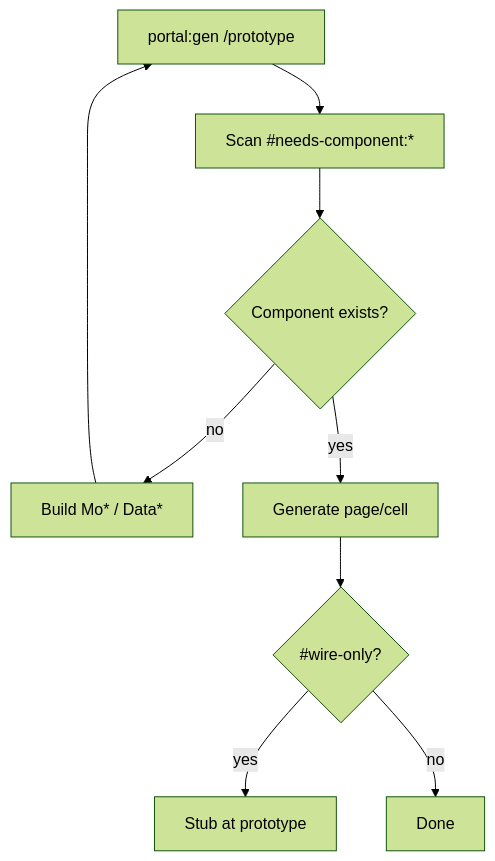
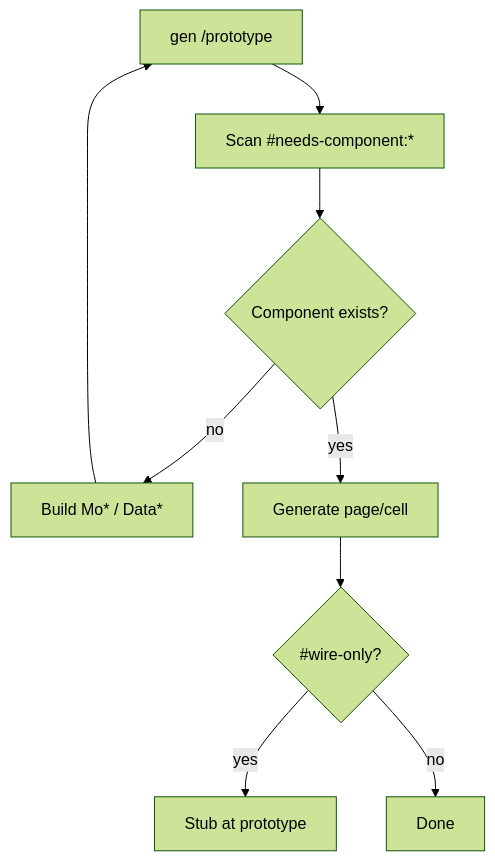
One commit to ShanYuCoder/flowgrid-docs changed the second of 2 diagrams in workflows/design.md. Above: the diagram before and after it, drawn with Mermaid (forest theme). The commit also changed other lines of this file and 11 other files, not shown here.

````diff
--- a/workflows/design.md
+++ b/workflows/design.md
@@ -71,11 +71,11 @@
 ```mermaid
 flowchart TD
-  P["portal:gen /prototype"] --> S["Scan #needs-component:*"]
+  P["gen /prototype"] --> S["Scan #needs-component:*"]
   S --> F{"Component exists?"}
   F -->|no| B["Build Mo* / Data*"]
   B --> P
   F -->|yes| G["Generate page/cell"]
   G --> W{"#wire-only?"}
   W -->|yes| ST["Stub at prototype"]
   W -->|no| OK["Done"]
 ```
````
